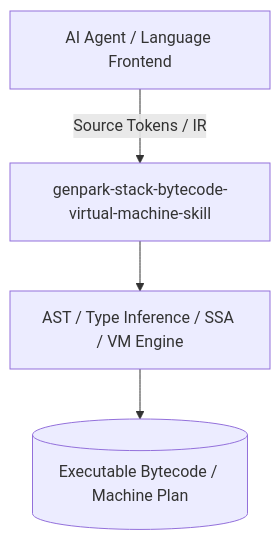
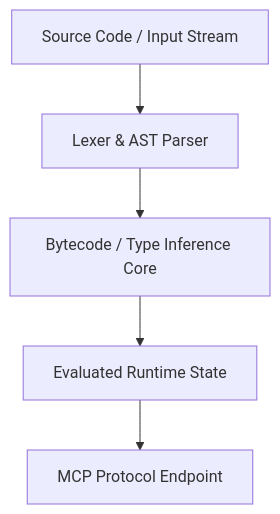
The diagram in README.md (alphaparkinc/genpark-stack-bytecode-virtual-machine-skill), drawn with Mermaid before and after one commit. The commit also changed other lines of this file, not shown here.

Commit message:
docs: architecture and documentation

````diff
--- a/README.md
+++ b/README.md
@@ -11,6 +9,7 @@
 ```mermaid
 flowchart TD
-    Client[AI Agent / Language Frontend] -->|Source Tokens / IR| Engine[genpark-stack-bytecode-virtual-machine-skill]
-    Engine --> CompilerPass[AST / Type Inference / SSA / VM Engine]
-    CompilerPass --> TargetOutput[(Executable Bytecode / Machine Plan)]
+    A[Source Code / Input Stream] --> B[Lexer & AST Parser]
+    B --> C[Bytecode / Type Inference Core]
+    C --> D[Evaluated Runtime State]
+    D --> E[MCP Protocol Endpoint]
 ```
````
